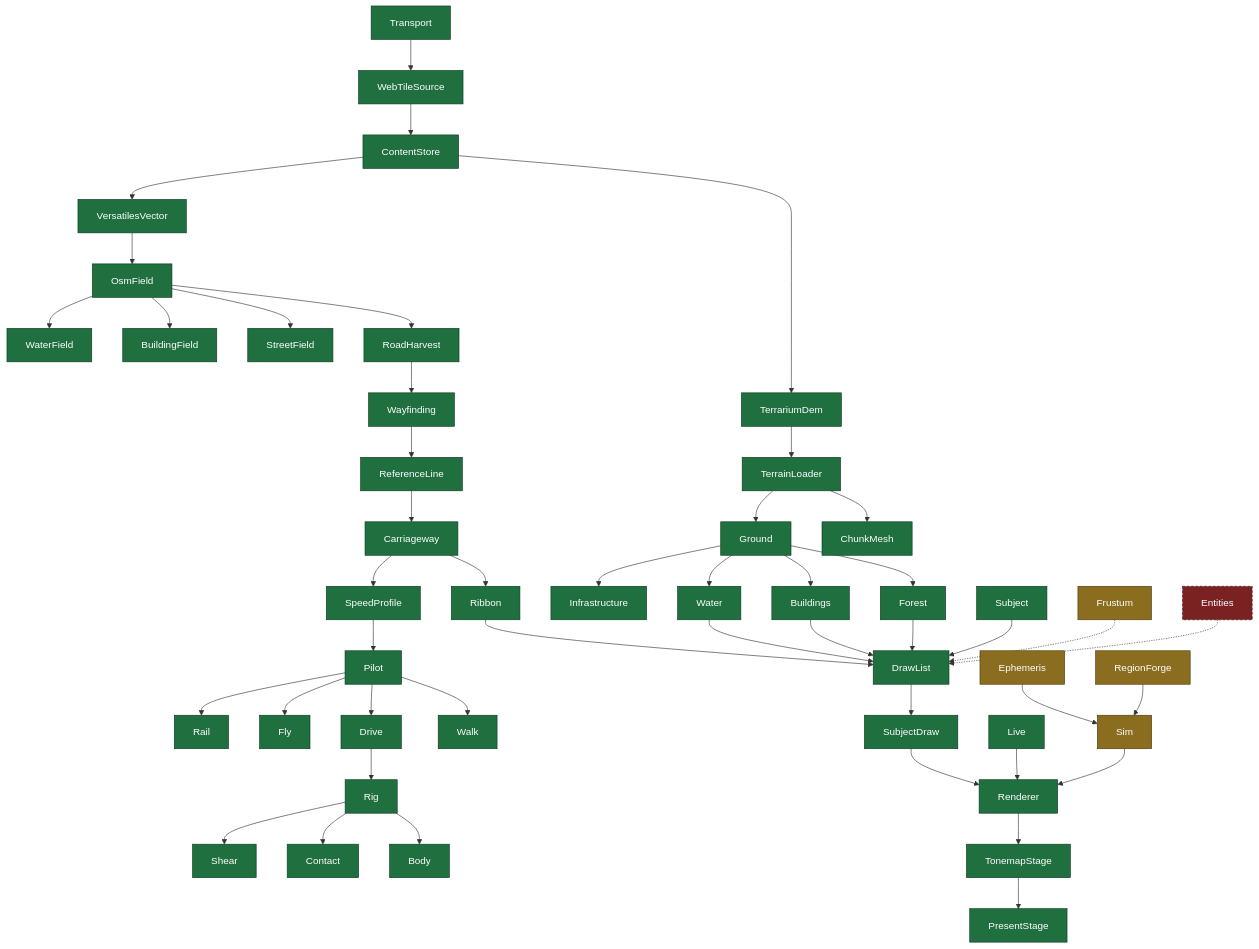
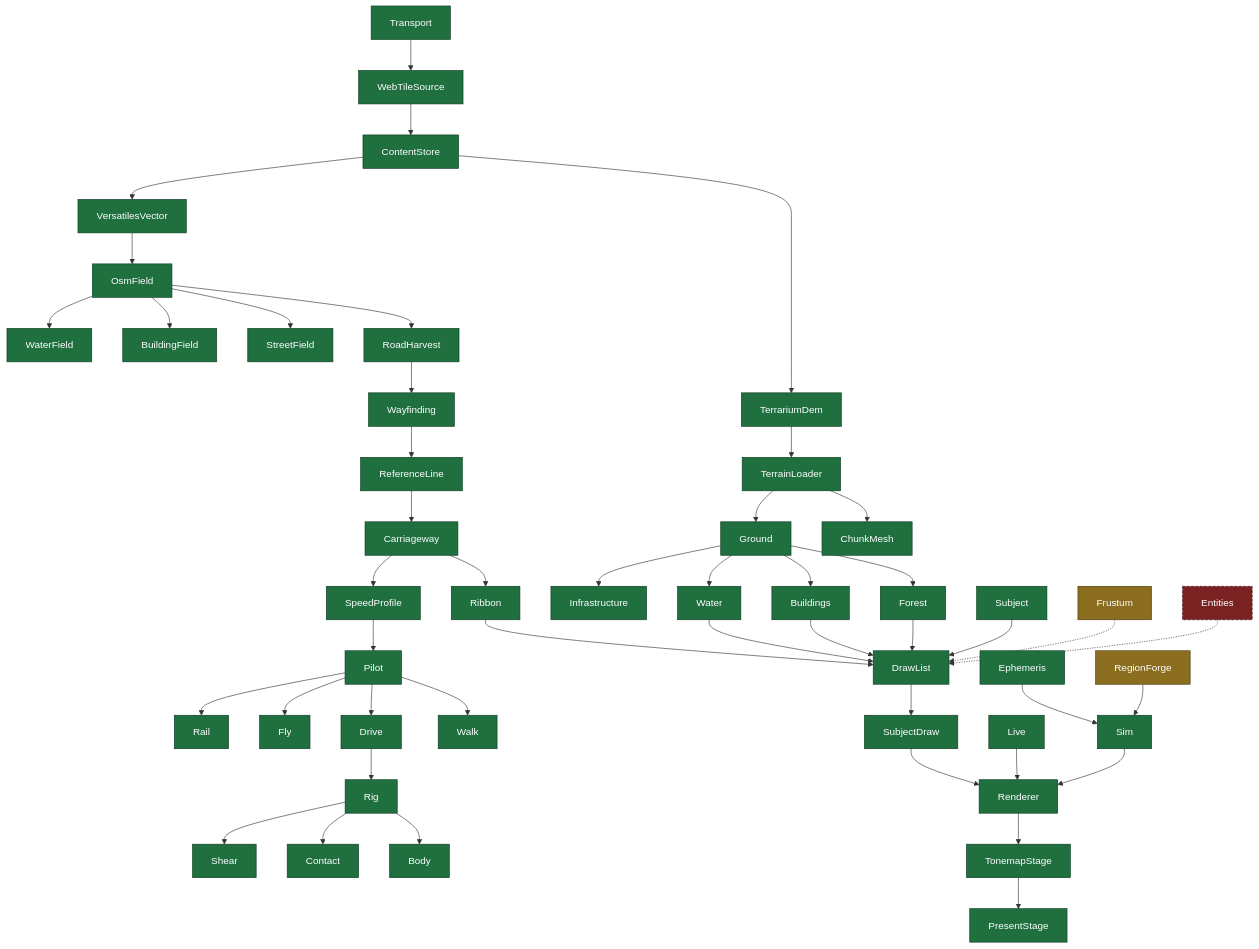
One commit to Weichwolf/outshine changed the fourth of 6 diagrams in CLAUDE.md. Above: the diagram before and after it, drawn with Mermaid. The commit also changed other lines of this file and 2 other files, not shown here.

````diff
--- a/CLAUDE.md
+++ b/CLAUDE.md
@@ -427,27 +427,27 @@
 ```mermaid
 flowchart TD
   Transport --> WebTileSource --> ContentStore
   ContentStore --> TerrariumDem & VersatilesVector
   TerrariumDem --> TerrainLoader --> ChunkMesh
   VersatilesVector --> OsmField --> RoadHarvest --> Wayfinding
   OsmField --> StreetField & BuildingField & WaterField
   TerrainLoader --> Ground --> Forest & Buildings & Water & Infrastructure
   Wayfinding --> ReferenceLine --> Carriageway --> Ribbon
   Carriageway --> SpeedProfile --> Pilot
   Pilot --> Walk & Drive & Fly & Rail
   Drive --> Rig --> Body
   Rig --> Contact & Shear
   Forest & Buildings & Water & Ribbon & Subject --> DrawList
   DrawList --> SubjectDraw --> Renderer --> TonemapStage --> PresentStage
   Live --> Renderer
   Ephemeris & RegionForge --> Sim --> Renderer
   Frustum -.-> DrawList
   Entities -.-> DrawList
 
   classDef built fill:#1f6f3f,stroke:#0d3b21,color:#fff
   classDef idle fill:#8a6d1f,stroke:#4a3a0d,color:#fff
   classDef absent fill:#7a2222,stroke:#3d1111,color:#fff,stroke-dasharray:4 3
-  class Transport,WebTileSource,ContentStore,TerrariumDem,VersatilesVector,TerrainLoader,ChunkMesh,OsmField,RoadHarvest,Wayfinding,StreetField,BuildingField,WaterField,Ground,Forest,Buildings,Water,Infrastructure,ReferenceLine,Carriageway,Ribbon,SpeedProfile,Pilot,Walk,Drive,Fly,Rail,Rig,Body,Contact,Shear,Subject,DrawList,SubjectDraw,Renderer,TonemapStage,PresentStage,Live,StarBands built
-  class Frustum,Sim,Ephemeris,RegionForge idle
+  class Transport,WebTileSource,ContentStore,TerrariumDem,VersatilesVector,TerrainLoader,ChunkMesh,OsmField,RoadHarvest,Wayfinding,StreetField,BuildingField,WaterField,Ground,Forest,Buildings,Water,Infrastructure,ReferenceLine,Carriageway,Ribbon,SpeedProfile,Pilot,Walk,Drive,Fly,Rail,Rig,Body,Contact,Shear,Subject,DrawList,SubjectDraw,Renderer,TonemapStage,PresentStage,Live,StarBands,Sim,Ephemeris built
+  class Frustum,RegionForge idle
   class Entities absent
 ```
````
